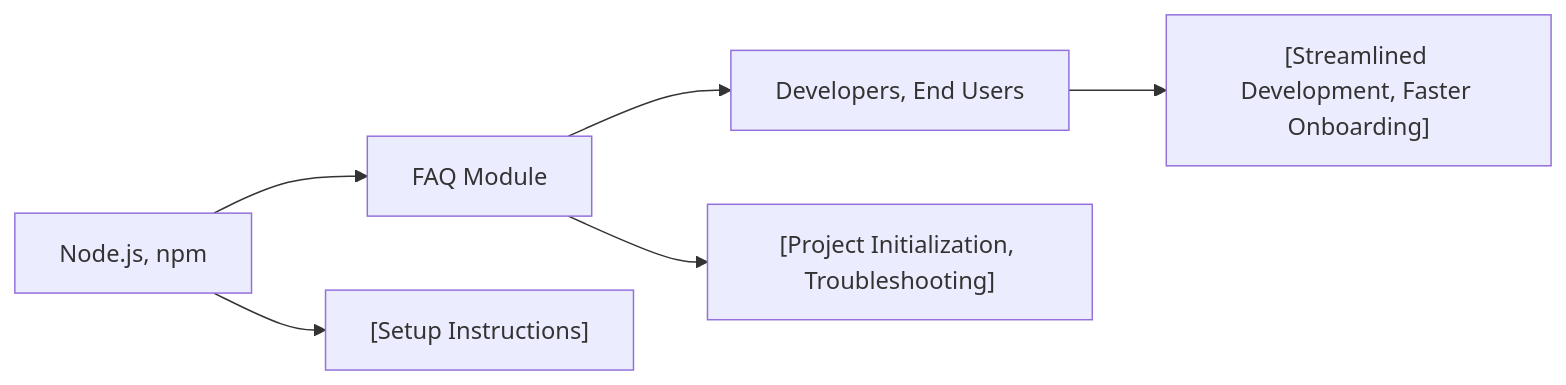
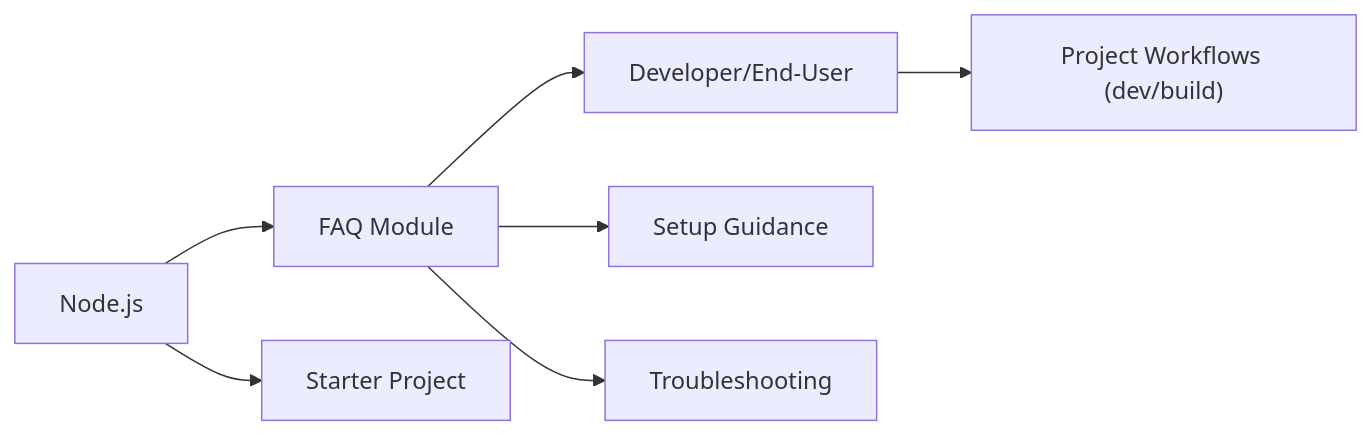
One commit to NicoooM/three-js-test changed the diagram in .shelfya/starter/faq.md. Above: the diagram before and after it, drawn with Mermaid. The commit also changed other lines of this file and 15 other files, not shown here.

````diff
--- a/.shelfya/starter/faq.md
+++ b/.shelfya/starter/faq.md
@@ -35,7 +40,8 @@
 ```mermaid
 flowchart LR
-  dependencies["Node.js, npm"] --> thisModule["FAQ Module"] --> usedBy["Developers, End Users"]
-  dependencies --> details["[Setup Instructions]"]
-  thisModule --> process["[Project Initialization, Troubleshooting]"]
-  usedBy --> consumers["[Streamlined Development, Faster Onboarding]"]
+  nodejs["Node.js"] --> faqModule["FAQ Module"] --> user["Developer/End-User"]
+  nodejs --> starterProject["Starter Project"]
+  faqModule --> setup["Setup Guidance"]
+  faqModule --> troubleshooting["Troubleshooting"]
+  user --> workflow["Project Workflows (dev/build)"]
 ```
````
